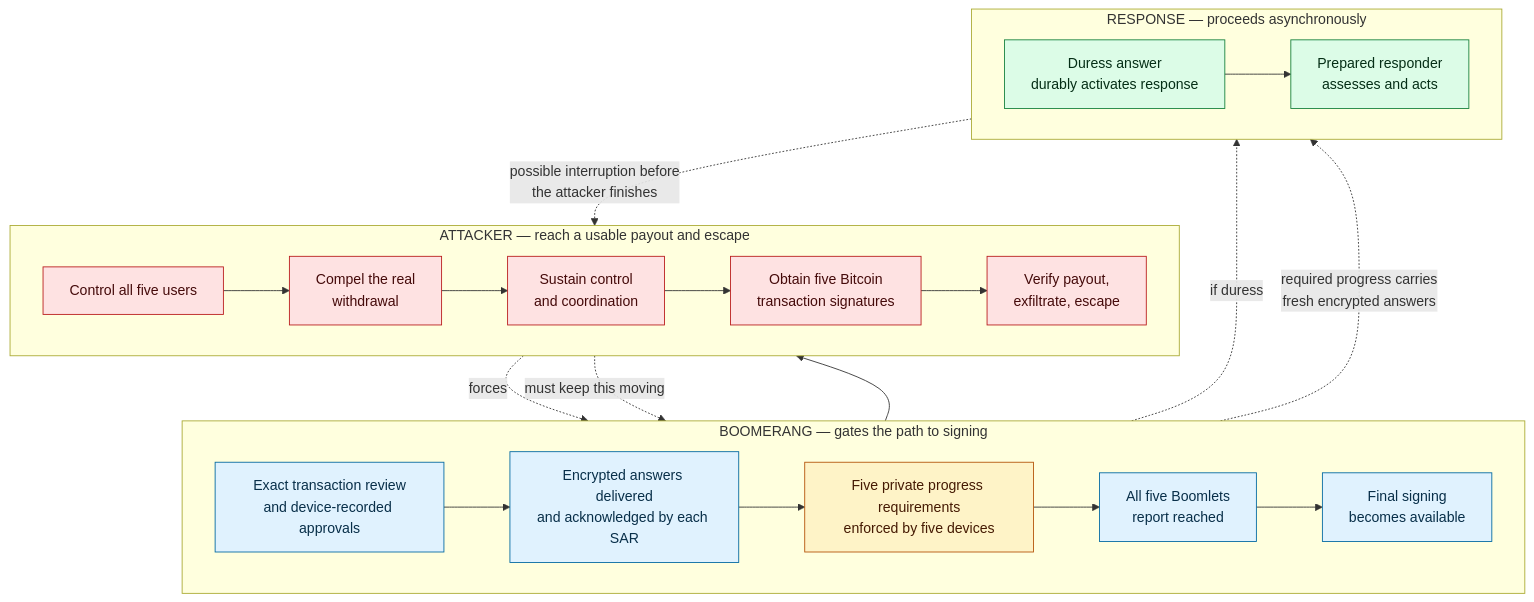
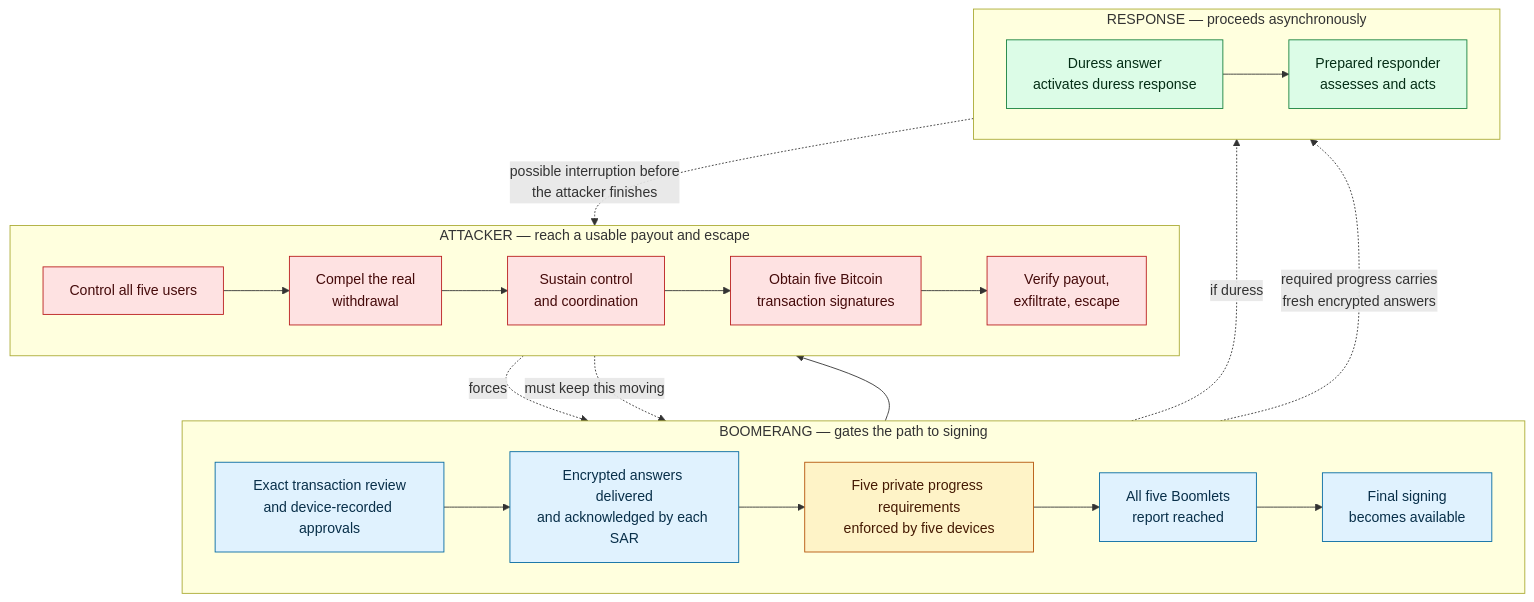
Before and after one commit to cogwheel26/boomerang_design: the first of 6 diagrams in README.md, drawn with Mermaid. The commit also changed 17 other files, not shown here.

````diff
--- a/README.md
+++ b/README.md
@@ -182,39 +182,39 @@
 ```mermaid
 flowchart TB
     subgraph ATT["ATTACKER — reach a usable payout and escape"]
         direction LR
         A1["Control all five users"] --> A2["Compel the real<br/>withdrawal"]
         A2 --> A3["Sustain control<br/>and coordination"]
         A3 --> A4["Obtain five Bitcoin<br/>transaction signatures"]
         A4 --> A5["Verify payout,<br/>exfiltrate, escape"]
     end
 
     subgraph PRO["BOOMERANG — gates the path to signing"]
         direction LR
         B1["Exact transaction review<br/>and device-recorded approvals"] --> B2["Encrypted answers delivered<br/>and acknowledged by each SAR"]
         B2 --> B3["Five private progress requirements<br/>enforced by five devices"]
         B3 --> B4["All five Boomlets<br/>report reached"]
         B4 --> B5["Final signing<br/>becomes available"]
     end
 
     subgraph RES["RESPONSE — proceeds asynchronously"]
         direction LR
-        R1["Duress answer<br/>durably activates response"] --> R2["Prepared responder<br/>assesses and acts"]
+        R1["Duress answer<br/>activates duress response"] --> R2["Prepared responder<br/>assesses and acts"]
     end
 
     A2 -. "forces" .-> B1
     A3 -. "must keep this moving" .-> B3
     B5 --> A4
     B2 -. "if duress" .-> R1
     B3 -. "required progress carries<br/>fresh encrypted answers" .-> R1
     R2 -. "possible interruption before<br/>the attacker finishes" .-> A5
 
     classDef attacker fill:#fee2e2,stroke:#b91c1c,color:#450a0a
     classDef protocol fill:#e0f2fe,stroke:#0369a1,color:#082f49
     classDef uncertainty fill:#fef3c7,stroke:#b45309,color:#451a03
     classDef response fill:#dcfce7,stroke:#15803d,color:#052e16
     class A1,A2,A3,A4,A5 attacker
     class B1,B2,B4,B5 protocol
     class B3 uncertainty
     class R1,R2 response
 ```
````
